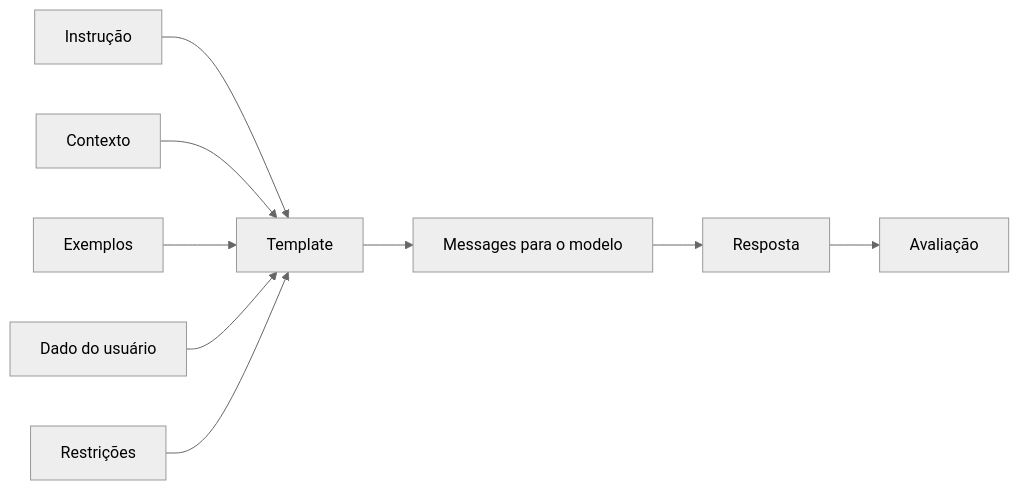
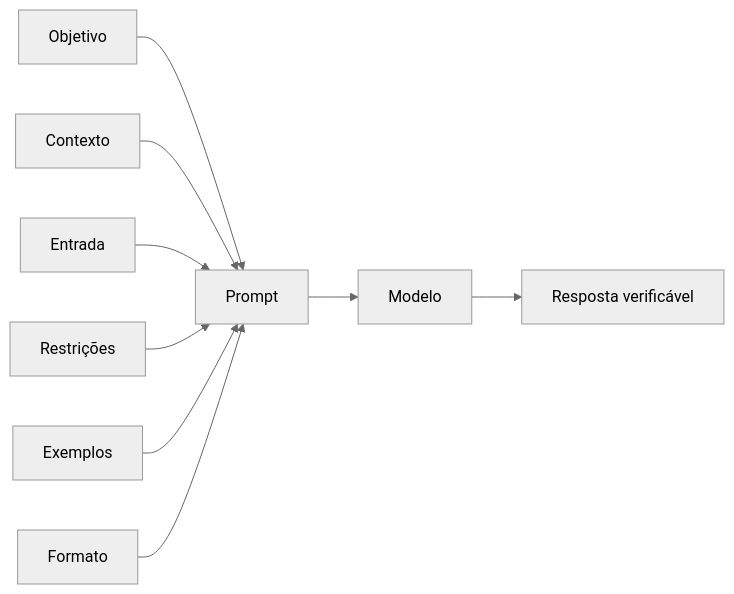
The diagram in docs/encontros/encontro-10.md (luciano-alexandre/topicos-avancados), drawn with Mermaid (neutral theme) before and after one commit. The commit also changed other lines of this file and 1 other file, not shown here.

````diff
--- a/docs/encontros/encontro-10.md
+++ b/docs/encontros/encontro-10.md
@@ -25,11 +40,11 @@
 ```mermaid
 flowchart LR
-    I[Instrução] --> T[Template]
-    C[Contexto] --> T
-    E[Exemplos] --> T
-    D[Dado do usuário] --> T
-    R[Restrições] --> T
-    T --> M[Messages para o modelo]
-    M --> O[Resposta]
-    O --> A[Avaliação]
+    O[Objetivo] --> P[Prompt]
+    C[Contexto] --> P
+    E[Entrada] --> P
+    R[Restrições] --> P
+    X[Exemplos] --> P
+    F[Formato] --> P
+    P --> M[Modelo]
+    M --> S[Resposta verificável]
 ```
````
